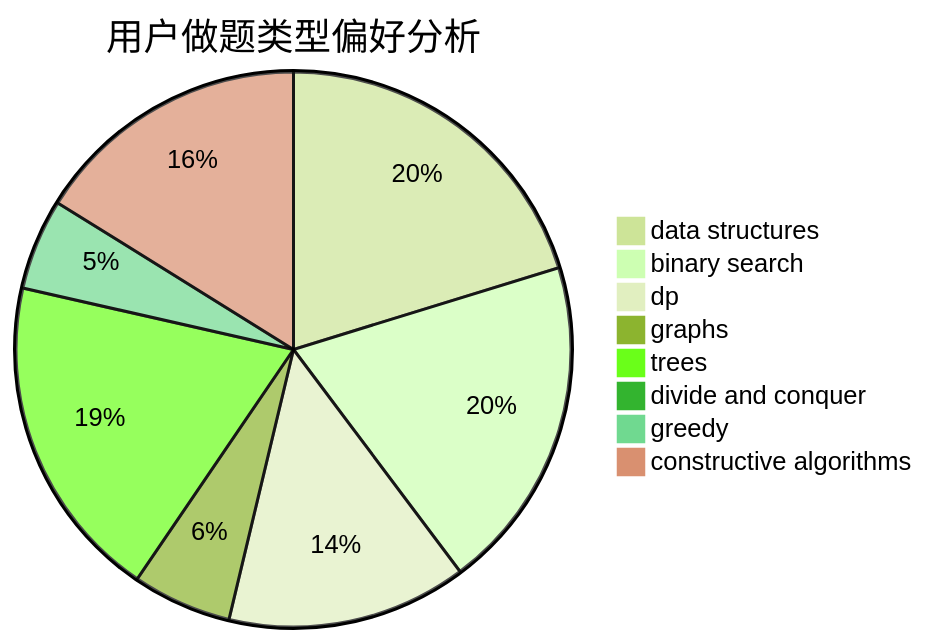
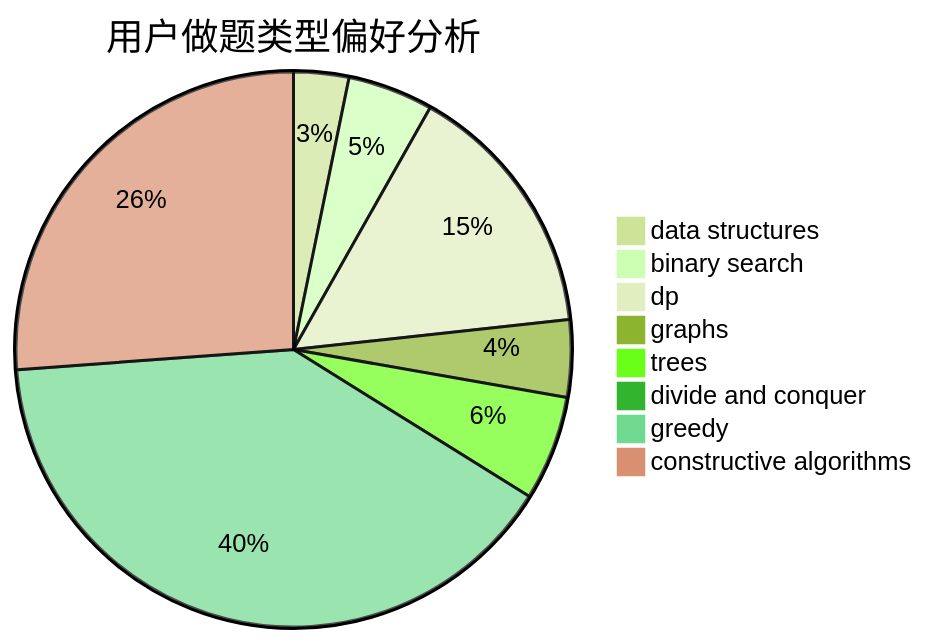
Before and after one commit to sherpahu/cfrs.github.io: the second of 3 diagrams in docs/user/u1117.md, drawn with Mermaid (forest theme). The commit also changed other lines of this file and 2770 other files, not shown here.

````diff
--- a/docs/user/u1117.md
+++ b/docs/user/u1117.md
@@ -23,11 +23,11 @@
 ```mermaid
 pie title 用户做题类型偏好分析
-    "data structures" :  84
-    "binary search" :  81
-    "dp" :  58
-    "graphs" :  24
-    "trees" :  79
+    "data structures" :  20
+    "binary search" :  31
+    "dp" :  94
+    "graphs" :  28
+    "trees" :  38
     "divide and conquer" :  0
-    "greedy" :  22
-    "constructive algorithms" :  67
+    "greedy" :  249
+    "constructive algorithms" :  163
 ```
````
